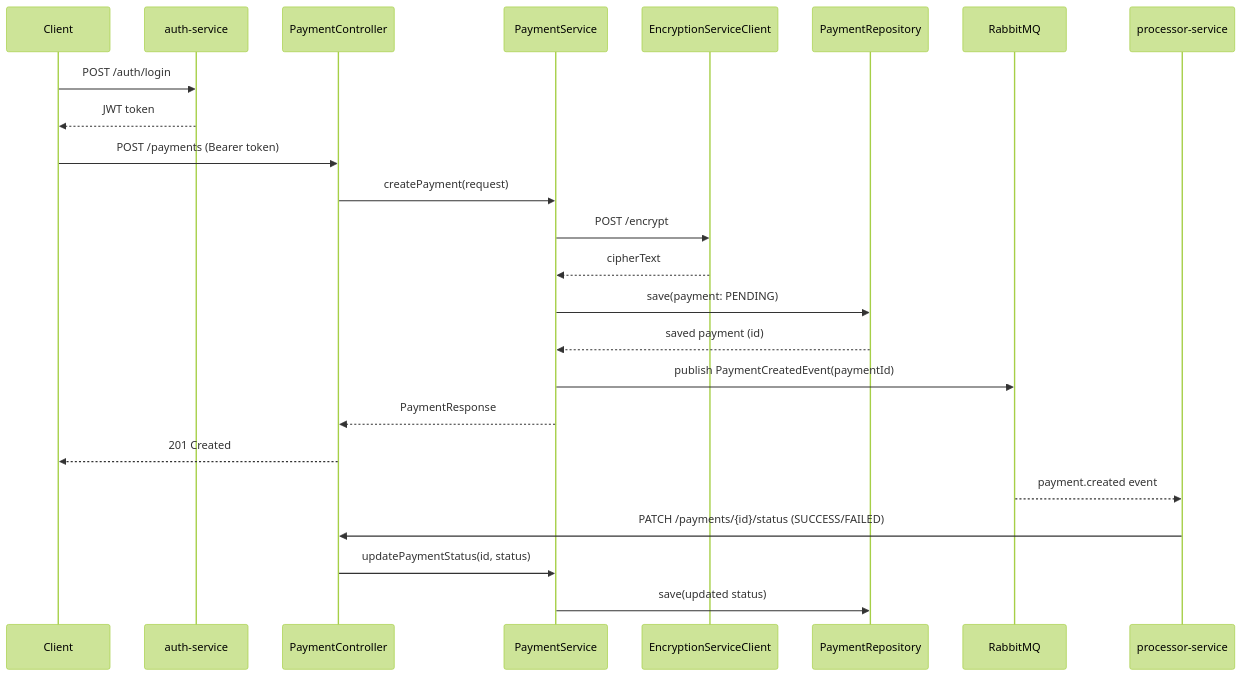
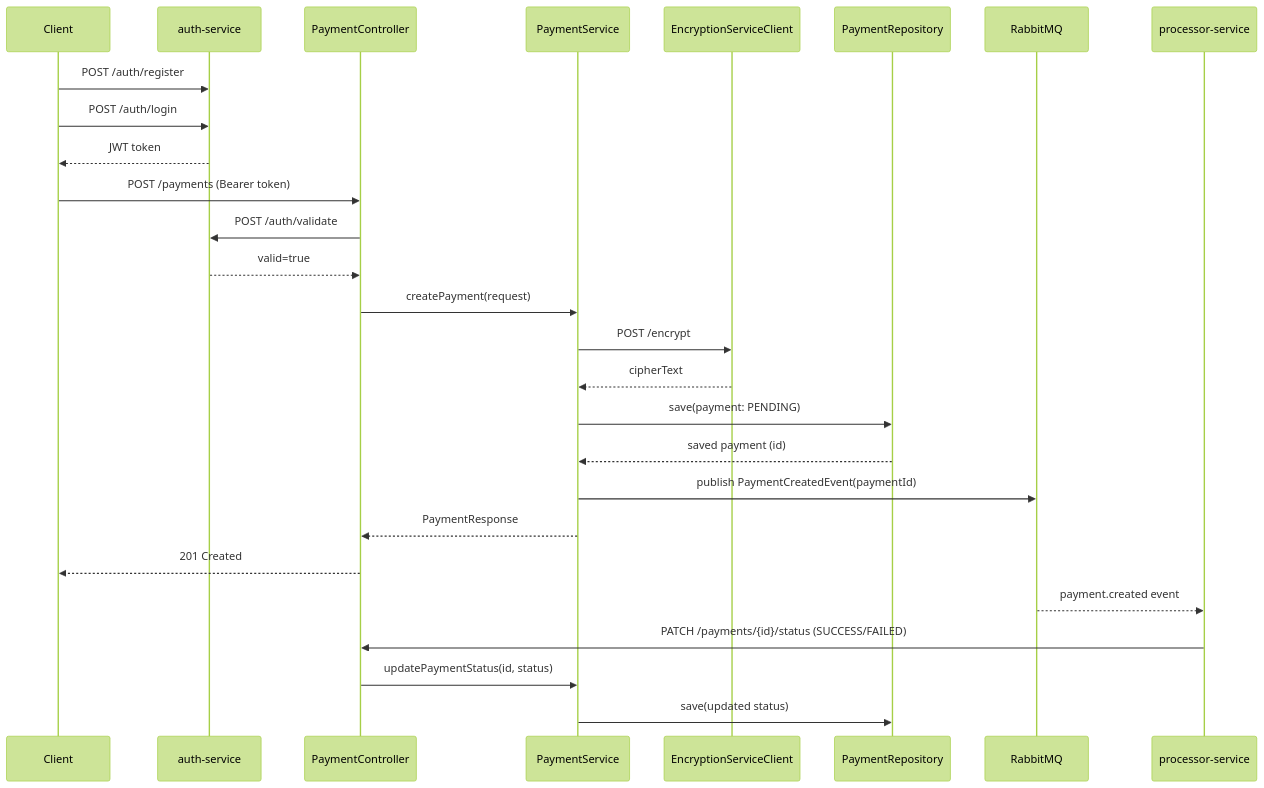
One commit to riditalove/payment-service changed the second of 2 diagrams in README.md. Above: the diagram before and after it, drawn with Mermaid (forest theme). The commit also changed other lines of this file, not shown here.

First line of the commit message:
Clarify authentication and payment creation flows

````diff
--- a/README.md
+++ b/README.md
@@ -187,28 +179,31 @@
 ```mermaid
 sequenceDiagram
     participant Client
     participant Auth as auth-service
     participant Controller as PaymentController
     participant Service as PaymentService
     participant Encrypt as EncryptionServiceClient
     participant Repo as PaymentRepository
     participant Rabbit as RabbitMQ
     participant Processor as processor-service
 
+    Client->>Auth: POST /auth/register
     Client->>Auth: POST /auth/login
     Auth-->>Client: JWT token
     Client->>Controller: POST /payments (Bearer token)
+    Controller->>Auth: POST /auth/validate
+    Auth-->>Controller: valid=true
     Controller->>Service: createPayment(request)
     Service->>Encrypt: POST /encrypt
     Encrypt-->>Service: cipherText
     Service->>Repo: save(payment: PENDING)
     Repo-->>Service: saved payment (id)
     Service->>Rabbit: publish PaymentCreatedEvent(paymentId)
     Service-->>Controller: PaymentResponse
     Controller-->>Client: 201 Created
 
     Rabbit-->>Processor: payment.created event
     Processor->>Controller: PATCH /payments/{id}/status (SUCCESS/FAILED)
     Controller->>Service: updatePaymentStatus(id, status)
     Service->>Repo: save(updated status)
 ```
````
